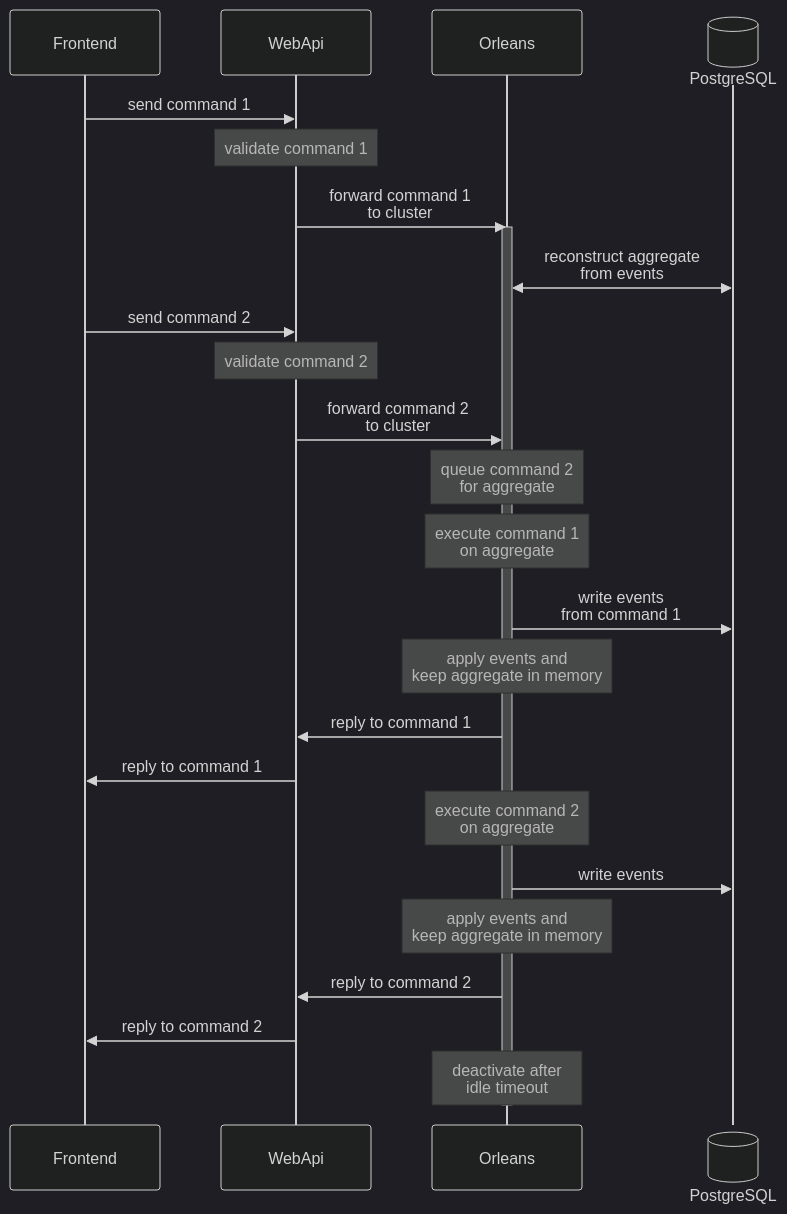
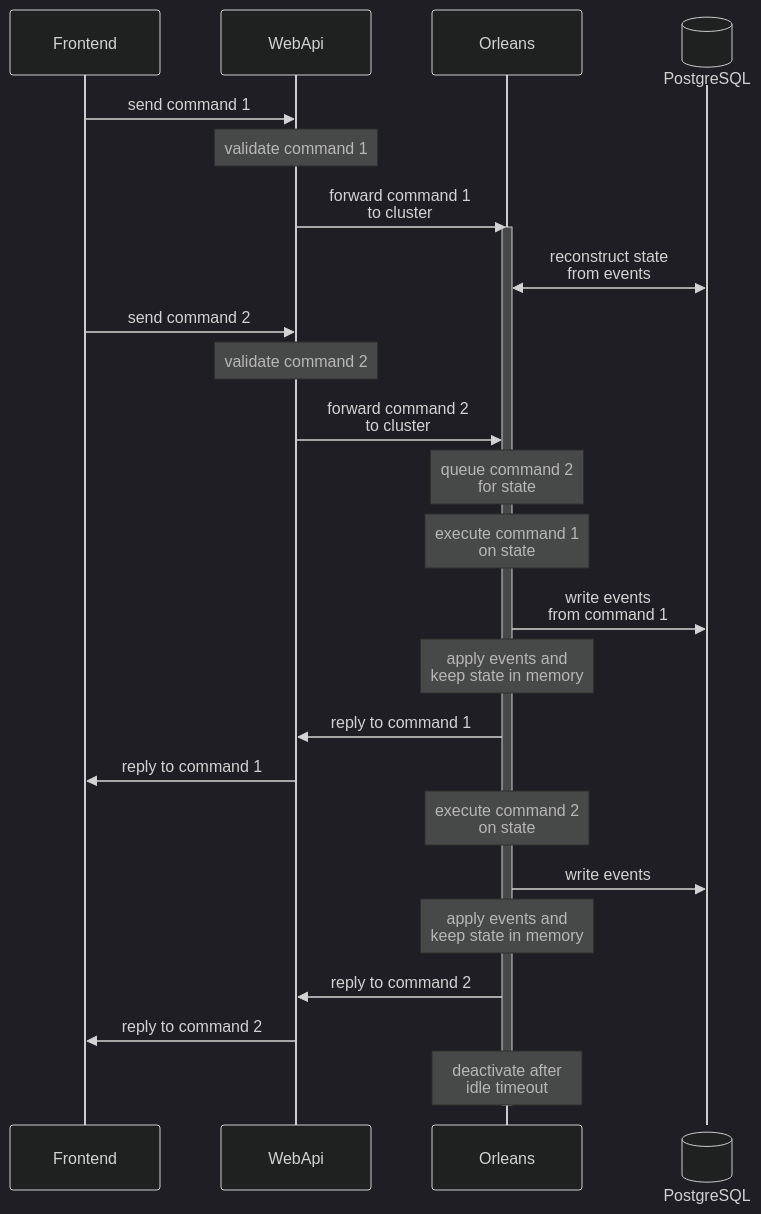
One commit to flensrocker/EventSourcing changed the second of 5 diagrams in README.md. Above: the diagram before and after it, drawn with Mermaid (dark theme). The commit also changed other lines of this file and 17 other files, not shown here.

Commit message:
refactor: Aggregate to CommandState & CommandHandler

````diff
--- a/README.md
+++ b/README.md
@@ -116,29 +116,29 @@
 ```mermaid
 sequenceDiagram
   participant Frontend
   participant WebApi
   participant Orleans
   participant PostgreSQL@{ "type": "database" }
 
   Frontend->>WebApi: send command 1
   Note over WebApi: validate command 1
   WebApi->>Orleans: forward command 1<br/>to cluster
   activate Orleans
-  Orleans<<->>PostgreSQL: reconstruct aggregate<br/>from events
+  Orleans<<->>PostgreSQL: reconstruct state<br/>from events
   Frontend->>WebApi: send command 2
   Note over WebApi: validate command 2
   WebApi->>Orleans: forward command 2<br/>to cluster
-  Note over Orleans: queue command 2<br/>for aggregate
-  Note over Orleans: execute command 1<br/>on aggregate
+  Note over Orleans: queue command 2<br/>for state
+  Note over Orleans: execute command 1<br/>on state
   Orleans->>PostgreSQL: write events<br/>from command 1
-  Note over Orleans: apply events and<br/>keep aggregate in memory
+  Note over Orleans: apply events and<br/>keep state in memory
   Orleans->>WebApi: reply to command 1
   WebApi->>Frontend: reply to command 1
-  Note over Orleans: execute command 2<br/>on aggregate
+  Note over Orleans: execute command 2<br/>on state
   Orleans->>PostgreSQL: write events
-  Note over Orleans: apply events and<br/>keep aggregate in memory
+  Note over Orleans: apply events and<br/>keep state in memory
   Orleans->>WebApi: reply to command 2
   WebApi->>Frontend: reply to command 2
   Note over Orleans: deactivate after<br/>idle timeout
   deactivate Orleans
 ```
````
